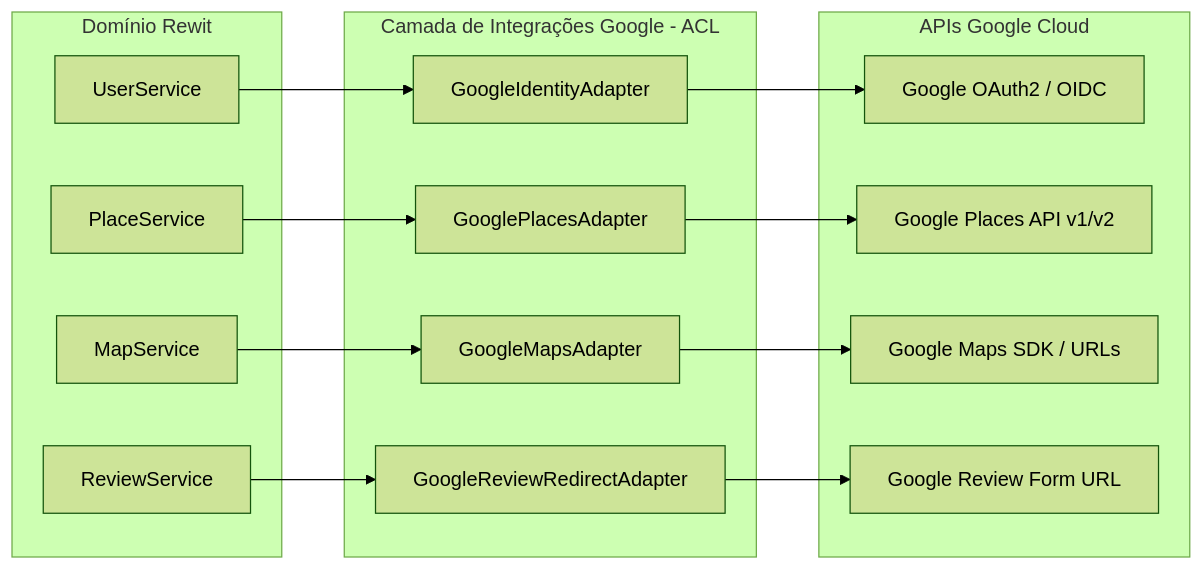
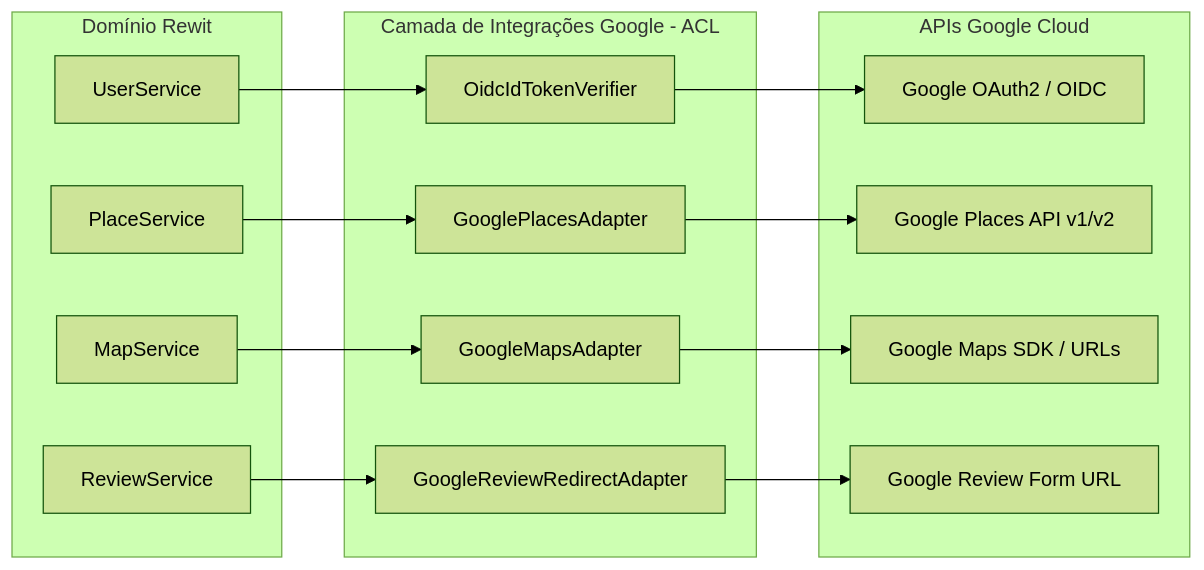
The diagram in docs/integrations/google-strategy.md (VictorGHss/Rewit), drawn with Mermaid (forest theme) before and after one commit. The commit also changed other lines of this file and 62 other files, not shown here.

First line of the commit message:
feat: cadastro mobile e login social Google/Apple com ID token validado no backend

````diff
--- a/docs/integrations/google-strategy.md
+++ b/docs/integrations/google-strategy.md
@@ -27,28 +27,28 @@
 ```mermaid
 flowchart LR
     subgraph Core[Domínio Rewit]
         UserService[UserService]
         PlaceService[PlaceService]
         MapService[MapService]
         ReviewService[ReviewService]
     end
 
     subgraph ACL[Camada de Integrações Google - ACL]
-        GoogleIdentity[GoogleIdentityAdapter]
+        GoogleIdentity[OidcIdTokenVerifier]
         GooglePlaces[GooglePlacesAdapter]
         GoogleMaps[GoogleMapsAdapter]
         GoogleReviews[GoogleReviewRedirectAdapter]
     end
 
     subgraph External[APIs Google Cloud]
         OAuthAPI[Google OAuth2 / OIDC]
         PlacesAPI[Google Places API v1/v2]
         MapsAPI[Google Maps SDK / URLs]
         ReviewForm[Google Review Form URL]
     end
 
     UserService --> GoogleIdentity --> OAuthAPI
     PlaceService --> GooglePlaces --> PlacesAPI
     MapService --> GoogleMaps --> MapsAPI
     ReviewService --> GoogleReviews --> ReviewForm
 ```
````
